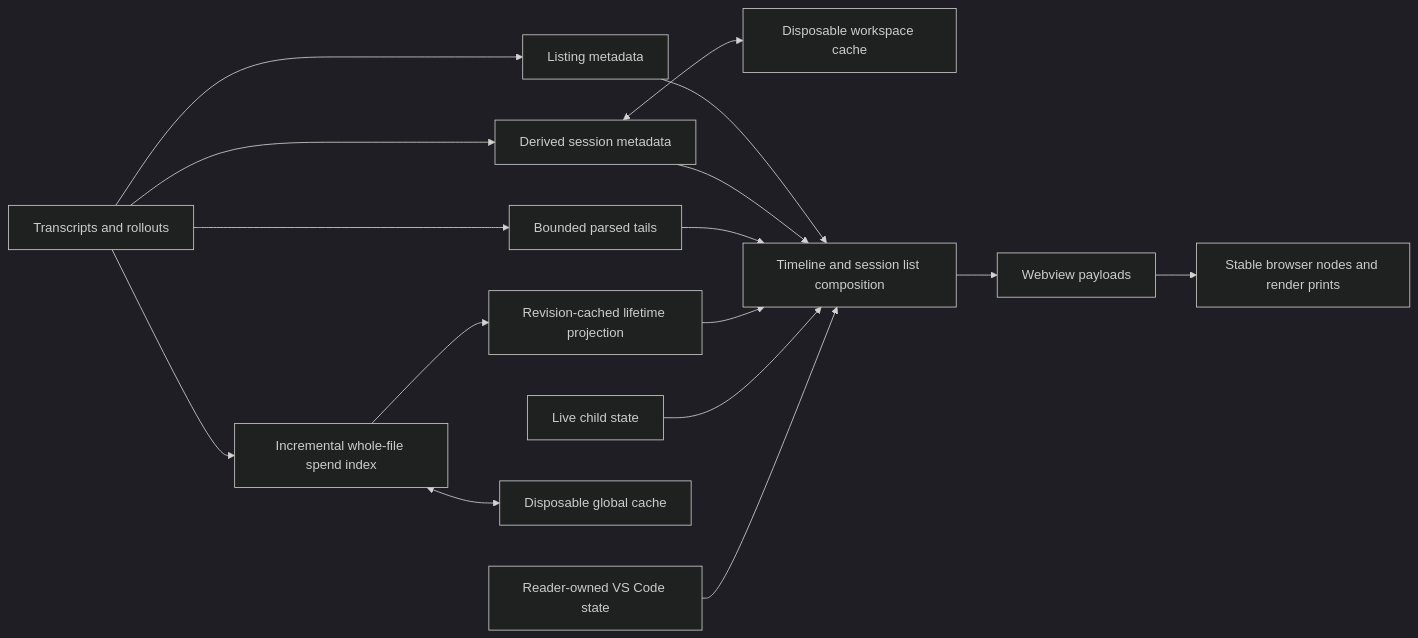
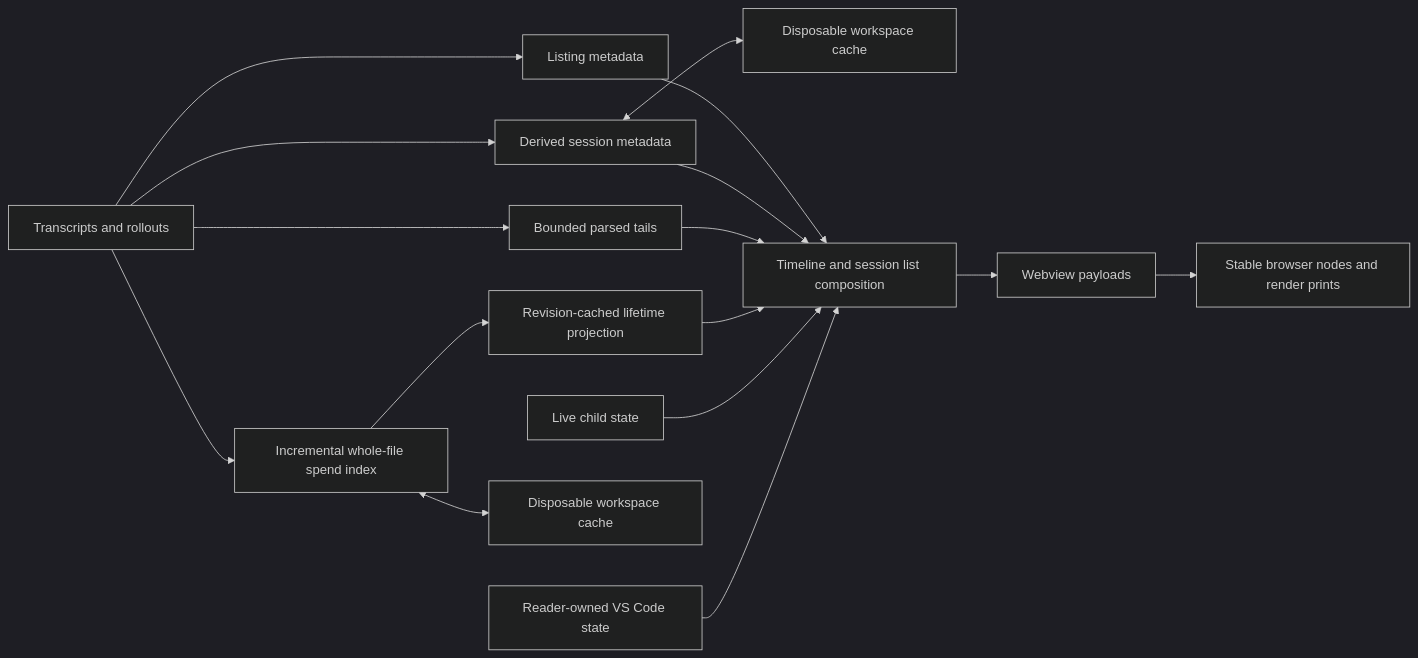
Before and after one commit to glin/arc: the diagram in docs/timeline.md, drawn with Mermaid (dark theme). The commit also changed other lines of this file and 3 other files, not shown here.

First line of the commit message:
docs(timeline): correct source and coverage contracts

````diff
--- a/docs/timeline.md
+++ b/docs/timeline.md
@@ -31,24 +31,24 @@
 ```mermaid
 flowchart LR
   records[Transcripts and rollouts]
   child[Live child state]
   reader[Reader-owned VS Code state]
 
   records --> listing[Listing metadata]
   records --> metadata[Derived session metadata]
   records --> parsed[Bounded parsed tails]
   records --> spend[Incremental whole-file spend index]
 
   metadata <--> metadataFile[Disposable workspace cache]
-  spend <--> spendFile[Disposable global cache]
+  spend <--> spendFile[Disposable workspace cache]
   spend --> lifetime[Revision-cached lifetime projection]
 
   listing --> compose[Timeline and session list composition]
   metadata --> compose
   parsed --> compose
   lifetime --> compose
   child --> compose
   reader --> compose
   compose --> payload[Webview payloads]
   payload --> browser[Stable browser nodes and render prints]
 ```
````
